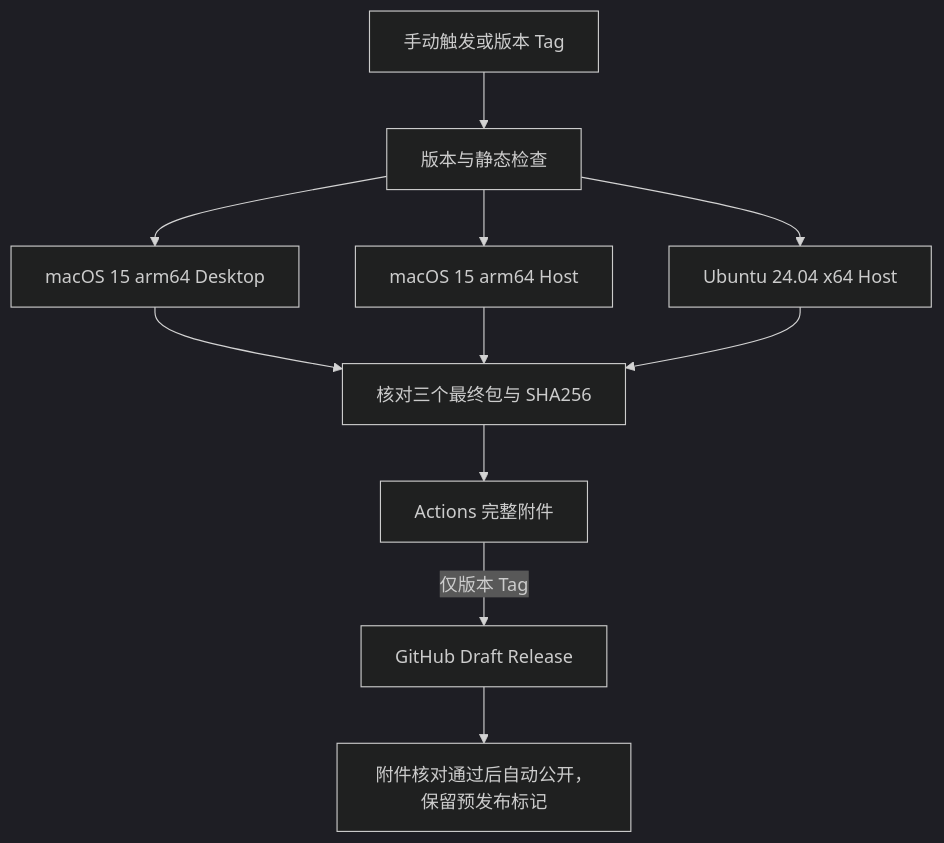
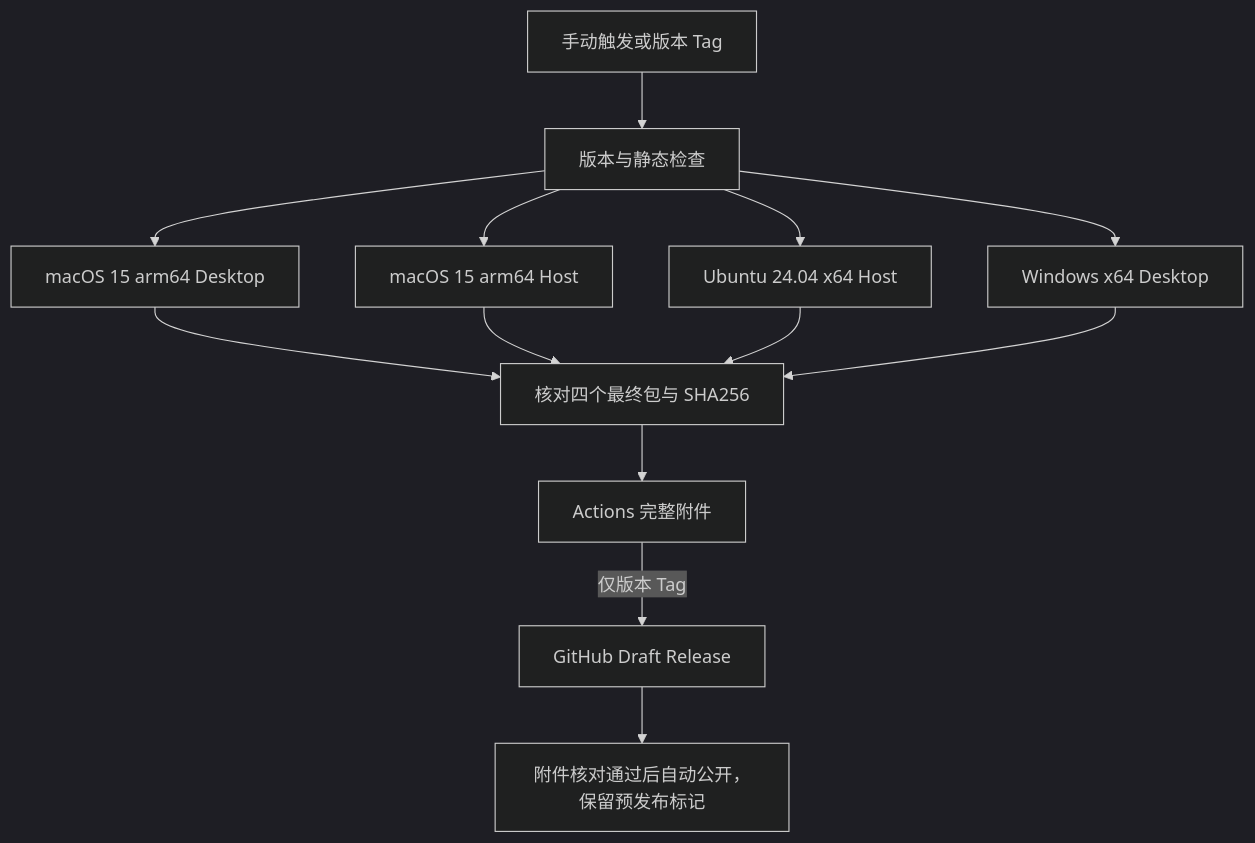
The second of 2 diagrams in docs/releasing.md (xidongdong-153/Pi-meme), drawn with Mermaid before and after one commit. The commit also changed other lines of this file and 21 other files, not shown here.

Commit message:
feat(desktop): 增加 Windows x64 打包与发布支持

````diff
--- a/docs/releasing.md
+++ b/docs/releasing.md
@@ -161,14 +174,16 @@
 ```mermaid
 %%{init: {"theme": "dark"}}%%
 flowchart TD
   Trigger["手动触发或版本 Tag"] --> Check["版本与静态检查"]
   Check --> Desktop["macOS 15 arm64 Desktop"]
   Check --> MacHost["macOS 15 arm64 Host"]
   Check --> LinuxHost["Ubuntu 24.04 x64 Host"]
-  Desktop --> Assemble["核对三个最终包与 SHA256"]
+  Check --> Windows["Windows x64 Desktop"]
+  Desktop --> Assemble["核对四个最终包与 SHA256"]
   MacHost --> Assemble
   LinuxHost --> Assemble
+  Windows --> Assemble
   Assemble --> Artifacts["Actions 完整附件"]
   Artifacts -->|"仅版本 Tag"| Draft["GitHub Draft Release"]
   Draft --> Public["附件核对通过后自动公开，保留预发布标记"]
 ```
````
